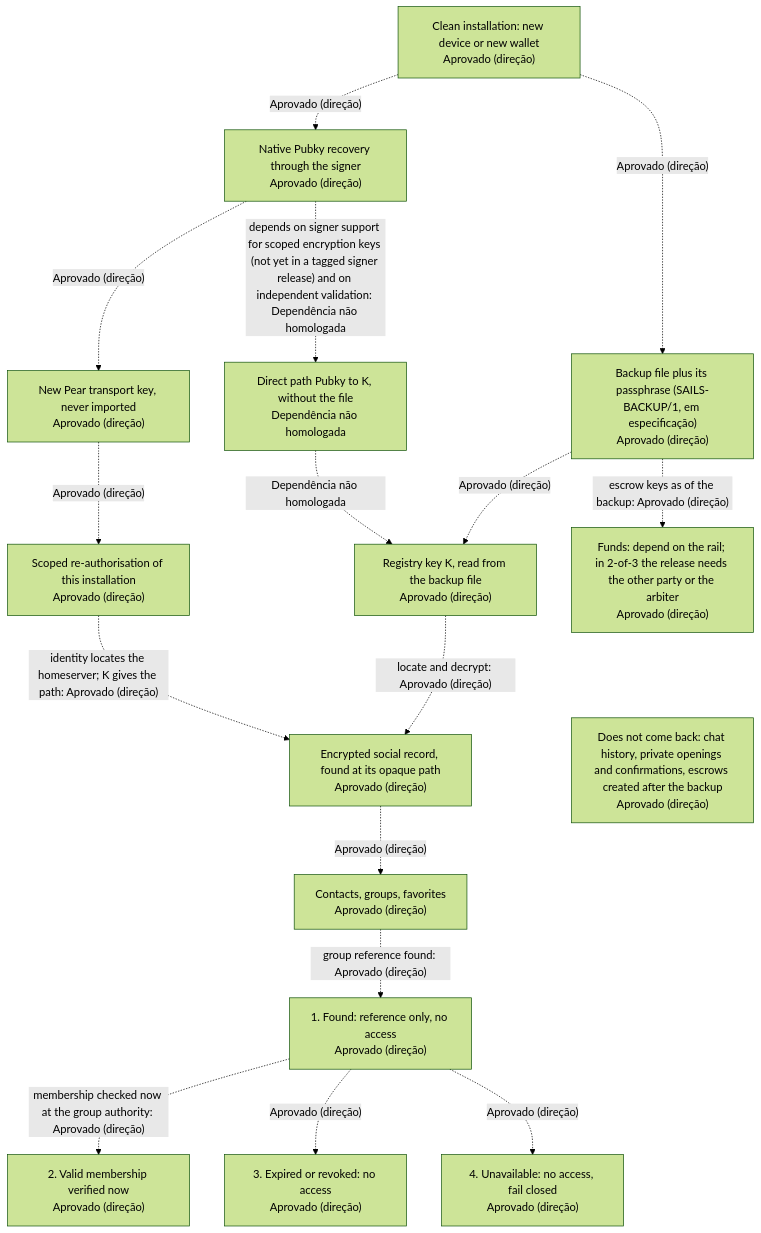
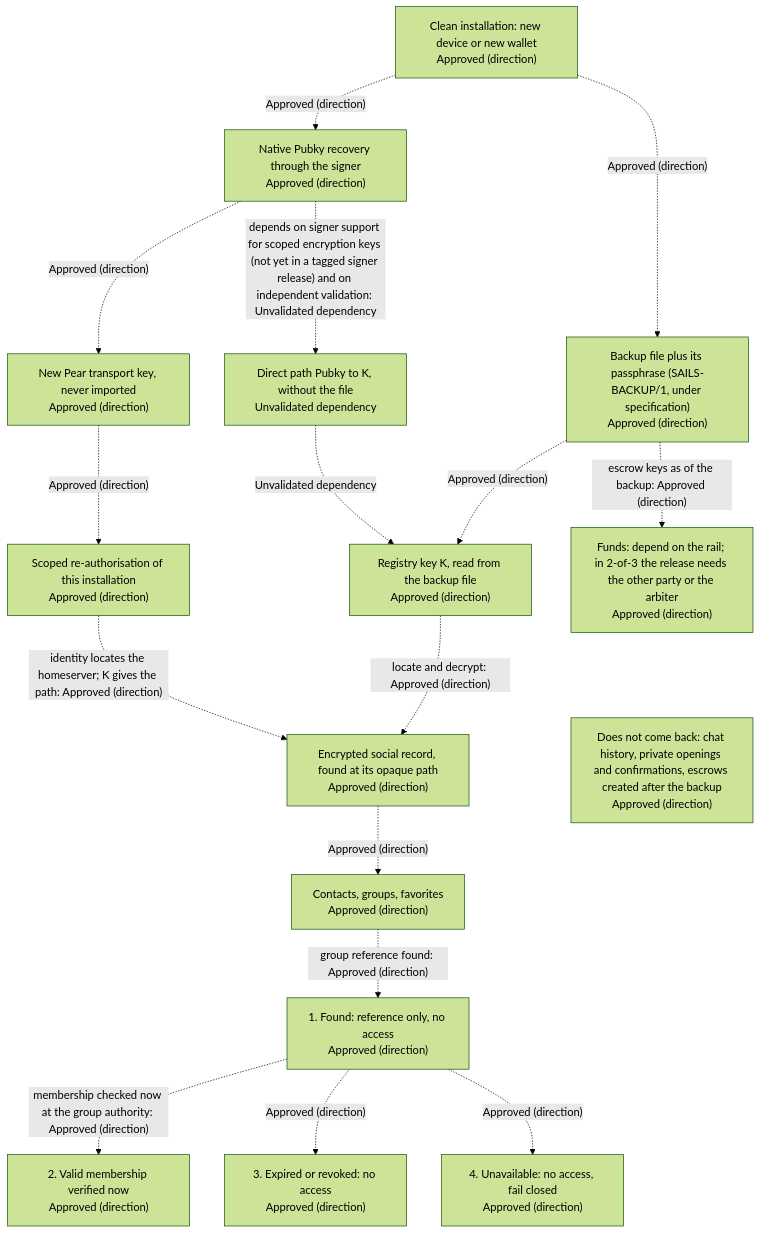
One commit to sails-protocol/Sails-Protocol changed the fifth of 6 diagrams in docs/SYSTEM_DESIGN.md. Above: the diagram before and after it, drawn with Mermaid (forest theme). The commit also changed other lines of this file and 2 other files, not shown here.

Commit message:
docs: ADR-008 portable identity and market ownership; English status labels; ownership section in Market Spaces README

````diff
--- a/docs/SYSTEM_DESIGN.md
+++ b/docs/SYSTEM_DESIGN.md
@@ -693,29 +695,29 @@
 ```mermaid
 flowchart TD
-  S["Clean installation: new device or new wallet<br/>Aprovado (direção)"]
-  A["Native Pubky recovery through the signer<br/>Aprovado (direção)"]
-  B["New Pear transport key, never imported<br/>Aprovado (direção)"]
-  C["Scoped re-authorisation of this installation<br/>Aprovado (direção)"]
-  F["Backup file plus its passphrase (SAILS-BACKUP/1, em especificação)<br/>Aprovado (direção)"]
-  K["Registry key K, read from the backup file<br/>Aprovado (direção)"]
-  R["Encrypted social record, found at its opaque path<br/>Aprovado (direção)"]
-  L["Contacts, groups, favorites<br/>Aprovado (direção)"]
-  PK["Direct path Pubky to K, without the file<br/>Dependência não homologada"]
-  S -.->|"Aprovado (direção)"| A
-  A -.->|"Aprovado (direção)"| B
-  B -.->|"Aprovado (direção)"| C
-  S -.->|"Aprovado (direção)"| F
-  F -.->|"Aprovado (direção)"| K
-  K -.->|"locate and decrypt: Aprovado (direção)"| R
-  C -.->|"identity locates the homeserver; K gives the path: Aprovado (direção)"| R
-  R -.->|"Aprovado (direção)"| L
-  A -.->|"depends on signer support for scoped encryption keys (not yet in a tagged signer release) and on independent validation: Dependência não homologada"| PK
-  PK -.->|"Dependência não homologada"| K
-  L -.->|"group reference found: Aprovado (direção)"| grpFound["1. Found: reference only, no access<br/>Aprovado (direção)"]
-  grpFound -.->|"membership checked now at the group authority: Aprovado (direção)"| grpValid["2. Valid membership verified now<br/>Aprovado (direção)"]
-  grpFound -.->|"Aprovado (direção)"| grpRevoked["3. Expired or revoked: no access<br/>Aprovado (direção)"]
-  grpFound -.->|"Aprovado (direção)"| grpUnavailable["4. Unavailable: no access, fail closed<br/>Aprovado (direção)"]
-  F -.->|"escrow keys as of the backup: Aprovado (direção)"| FD["Funds: depend on the rail; in 2-of-3 the release needs the other party or the arbiter<br/>Aprovado (direção)"]
-  NB["Does not come back: chat history, private openings and confirmations, escrows created after the backup<br/>Aprovado (direção)"]
+  S["Clean installation: new device or new wallet<br/>Approved (direction)"]
+  A["Native Pubky recovery through the signer<br/>Approved (direction)"]
+  B["New Pear transport key, never imported<br/>Approved (direction)"]
+  C["Scoped re-authorisation of this installation<br/>Approved (direction)"]
+  F["Backup file plus its passphrase (SAILS-BACKUP/1, under specification)<br/>Approved (direction)"]
+  K["Registry key K, read from the backup file<br/>Approved (direction)"]
+  R["Encrypted social record, found at its opaque path<br/>Approved (direction)"]
+  L["Contacts, groups, favorites<br/>Approved (direction)"]
+  PK["Direct path Pubky to K, without the file<br/>Unvalidated dependency"]
+  S -.->|"Approved (direction)"| A
+  A -.->|"Approved (direction)"| B
+  B -.->|"Approved (direction)"| C
+  S -.->|"Approved (direction)"| F
+  F -.->|"Approved (direction)"| K
+  K -.->|"locate and decrypt: Approved (direction)"| R
+  C -.->|"identity locates the homeserver; K gives the path: Approved (direction)"| R
+  R -.->|"Approved (direction)"| L
+  A -.->|"depends on signer support for scoped encryption keys (not yet in a tagged signer release) and on independent validation: Unvalidated dependency"| PK
+  PK -.->|"Unvalidated dependency"| K
+  L -.->|"group reference found: Approved (direction)"| grpFound["1. Found: reference only, no access<br/>Approved (direction)"]
+  grpFound -.->|"membership checked now at the group authority: Approved (direction)"| grpValid["2. Valid membership verified now<br/>Approved (direction)"]
+  grpFound -.->|"Approved (direction)"| grpRevoked["3. Expired or revoked: no access<br/>Approved (direction)"]
+  grpFound -.->|"Approved (direction)"| grpUnavailable["4. Unavailable: no access, fail closed<br/>Approved (direction)"]
+  F -.->|"escrow keys as of the backup: Approved (direction)"| FD["Funds: depend on the rail; in 2-of-3 the release needs the other party or the arbiter<br/>Approved (direction)"]
+  NB["Does not come back: chat history, private openings and confirmations, escrows created after the backup<br/>Approved (direction)"]
   FD ~~~ NB
 ```
````
